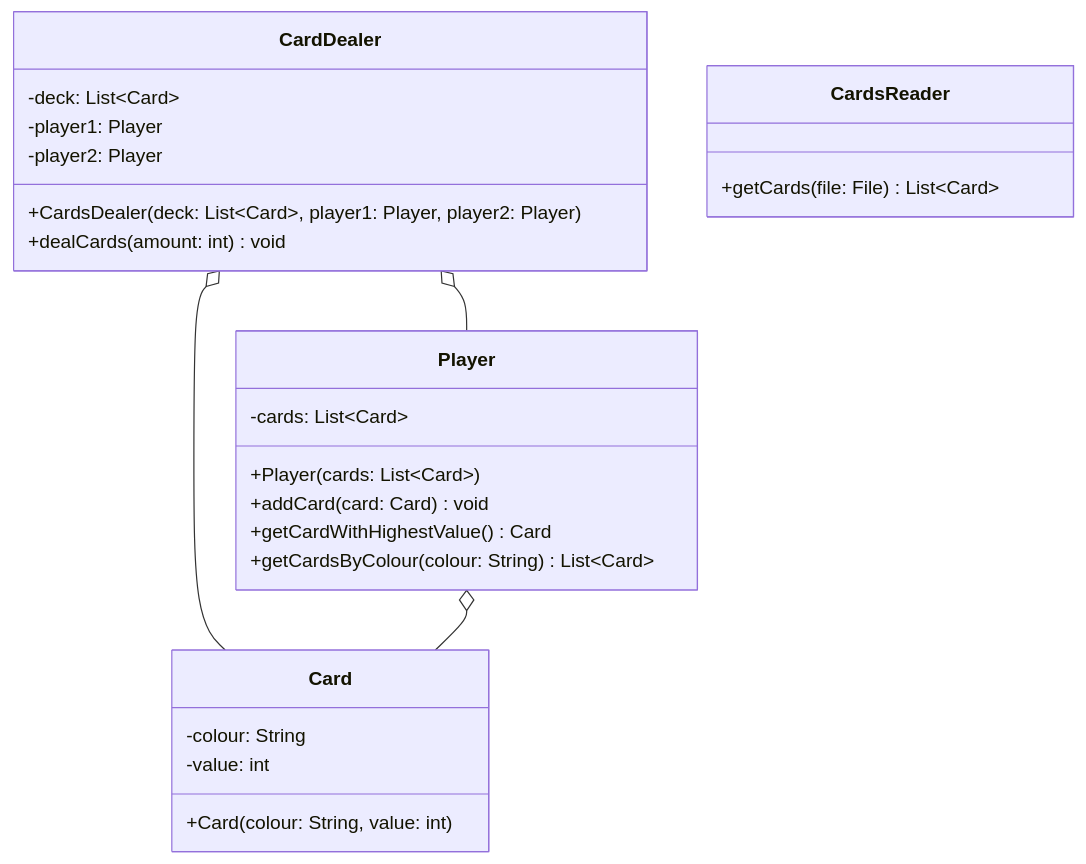
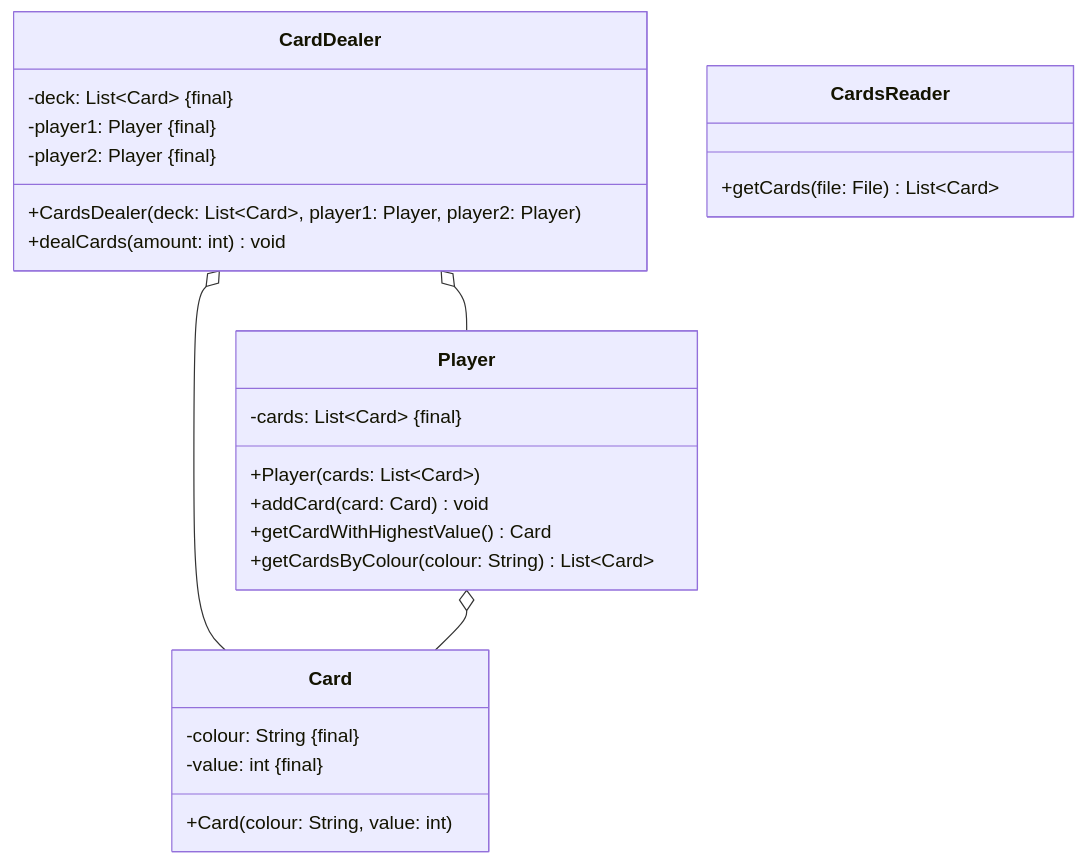
The diagram in docs/exam-exercises/exam-exercises-java1/cards-dealer.md (jappuccini/java-docs), drawn with Mermaid before and after one commit. The commit also changed 24 other files, not shown here.

````diff
--- a/docs/exam-exercises/exam-exercises-java1/cards-dealer.md
+++ b/docs/exam-exercises/exam-exercises-java1/cards-dealer.md
@@ -12,32 +12,32 @@
 ```mermaid
 classDiagram
     CardDealer o-- Player
     CardDealer o-- Card
     Player o-- Card
 
     class Player {
-        -cards: List~Card~
+        -cards: List~Card~ &#123final&#125
         +Player(cards: List~Card~)
         +addCard(card: Card) void
         +getCardWithHighestValue() Card
         +getCardsByColour(colour: String) List~Card~
     }
 
     class CardDealer {
-        -deck: List~Card~
-        -player1: Player
-        -player2: Player
+        -deck: List~Card~ &#123final&#125
+        -player1: Player &#123final&#125
+        -player2: Player &#123final&#125
         +CardsDealer(deck: List~Card~, player1: Player, player2: Player )
         +dealCards(amount: int) void
     }
 
     class Card {
-        -colour: String
-        -value: int
+        -colour: String &#123final&#125
+        -value: int &#123final&#125
         +Card(colour: String, value: int)
     }
 
     class CardsReader {
         +getCards(file: File) List~Card~
     }
 ```
````
